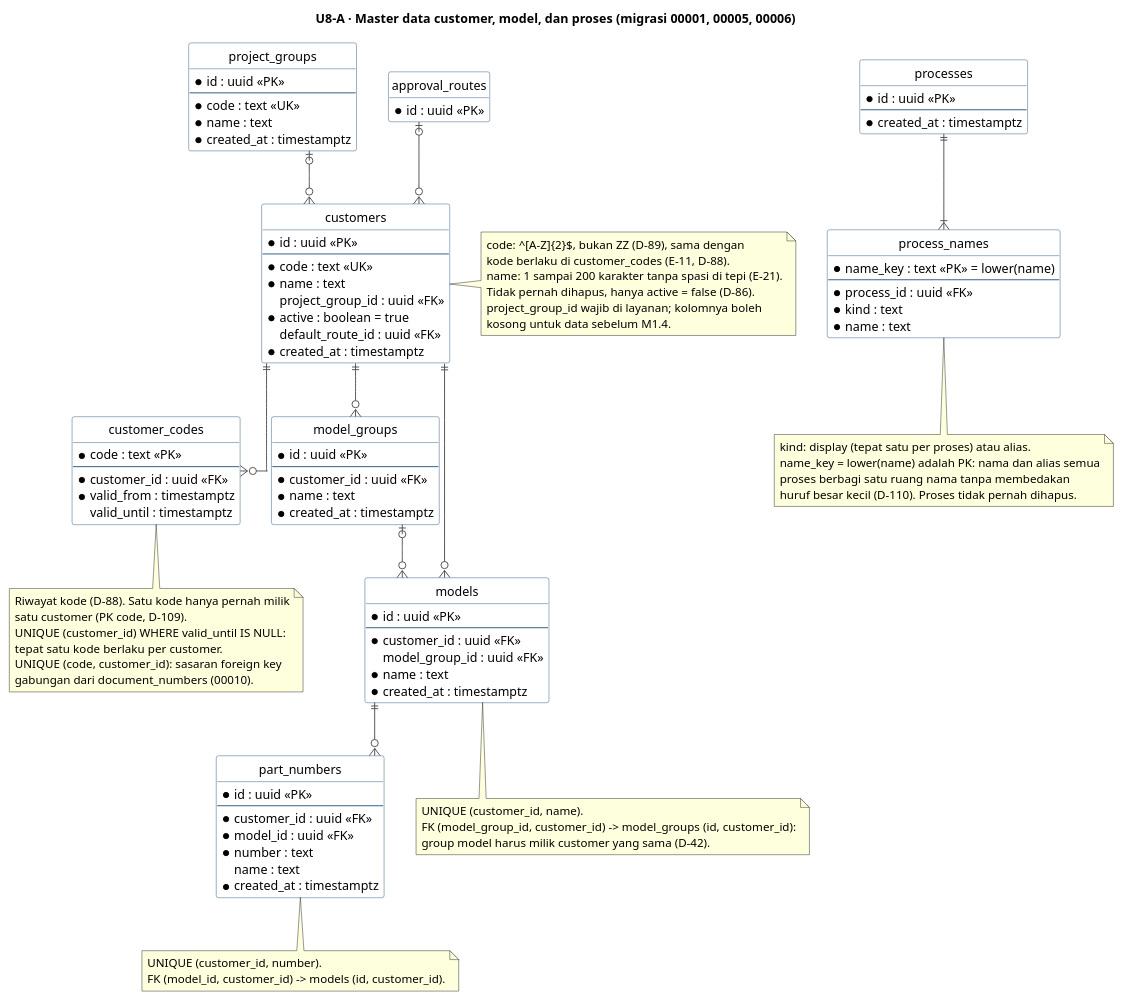
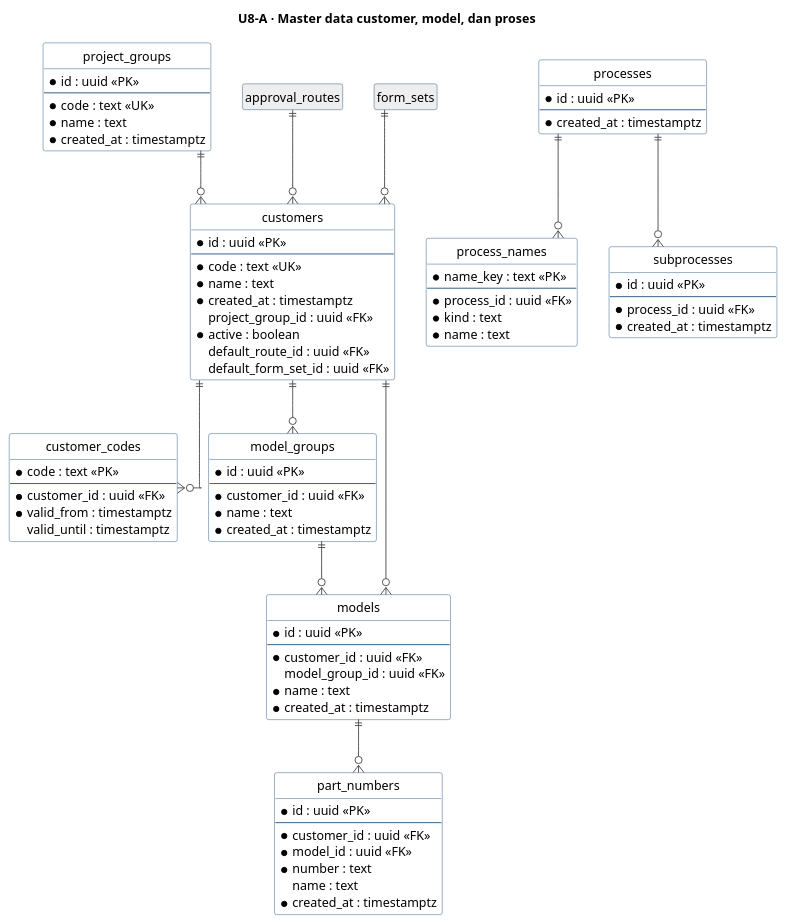
One commit to dkpauzi/revioten changed the first of 10 diagrams in docs/uml/U8-erd.puml. Above: the diagram before and after it, drawn with PlantUML. The commit also changed other lines of this file and 61 other files, not shown here.

First line of the commit message:
D-194 (layar), UML draft 0.16, dan temuan E-126 sampai E-128

```diff
--- a/docs/uml/U8-erd.puml
+++ b/docs/uml/U8-erd.puml
@@ -18,128 +16,102 @@
 @startuml U8-A-master-data
 hide circle
 hide empty members
 skinparam linetype ortho
 skinparam shadowing false
 skinparam ArrowColor #444444
 skinparam ClassBorderColor #1F4E79
 skinparam ClassBackgroundColor #FFFFFF
 
-title U8-A · Master data customer, model, dan proses (migrasi 00001, 00005, 00006)
+title U8-A · Master data customer, model, dan proses
 
 entity "project_groups" as project_groups {
   * id : uuid <<PK>>
   --
   * code : text <<UK>>
   * name : text
   * created_at : timestamptz
 }
 
 entity "customers" as customers {
   * id : uuid <<PK>>
   --
   * code : text <<UK>>
   * name : text
+  * created_at : timestamptz
   project_group_id : uuid <<FK>>
-  * active : boolean = true
+  * active : boolean
   default_route_id : uuid <<FK>>
-  * created_at : timestamptz
+  default_form_set_id : uuid <<FK>>
 }
 
 entity "customer_codes" as customer_codes {
   * code : text <<PK>>
   --
   * customer_id : uuid <<FK>>
   * valid_from : timestamptz
   valid_until : timestamptz
 }
 
 entity "model_groups" as model_groups {
   * id : uuid <<PK>>
   --
   * customer_id : uuid <<FK>>
   * name : text
   * created_at : timestamptz
 }
 
 entity "models" as models {
   * id : uuid <<PK>>
   --
   * customer_id : uuid <<FK>>
   model_group_id : uuid <<FK>>
   * name : text
   * created_at : timestamptz
 }
 
 entity "part_numbers" as part_numbers {
   * id : uuid <<PK>>
   --
   * customer_id : uuid <<FK>>
   * model_id : uuid <<FK>>
   * number : text
   name : text
   * created_at : timestamptz
 }
 
 entity "processes" as processes {
   * id : uuid <<PK>>
   --
   * created_at : timestamptz
 }
 
 entity "process_names" as process_names {
-  * name_key : text <<PK>> = lower(name)
+  * name_key : text <<PK>>
   --
   * process_id : uuid <<FK>>
   * kind : text
   * name : text
 }
 
-entity "approval_routes" as approval_routes_a {
+entity "subprocesses" as subprocesses {
   * id : uuid <<PK>>
+  --
+  * process_id : uuid <<FK>>
+  * created_at : timestamptz
 }
 
-project_groups |o--o{ customers
+entity "approval_routes" as approval_routes #EEEEEE
+entity "form_sets" as form_sets #EEEEEE
+
 customers ||--o{ customer_codes
+approval_routes ||--o{ customers
+form_sets ||--o{ customers
+project_groups ||--o{ customers
 customers ||--o{ model_groups
 customers ||--o{ models
-model_groups |o--o{ models
+model_groups ||--o{ models
 models ||--o{ part_numbers
-processes ||--|{ process_names
-approval_routes_a |o--o{ customers
+processes ||--o{ process_names
+processes ||--o{ subprocesses
 
-note right of customers
-  code: ^[A-Z]{2}$, bukan ZZ (D-89), sama dengan
-  kode berlaku di customer_codes (E-11, D-88).
-  name: 1 sampai 200 karakter tanpa spasi di tepi (E-21).
-  Tidak pernah dihapus, hanya active = false (D-86).
-  project_group_id wajib di layanan; kolomnya boleh
-  kosong untuk data sebelum M1.4.
-end note
-
-note bottom of customer_codes
-  Riwayat kode (D-88). Satu kode hanya pernah milik
-  satu customer (PK code, D-109).
-  UNIQUE (customer_id) WHERE valid_until IS NULL:
-  tepat satu kode berlaku per customer.
-  UNIQUE (code, customer_id): sasaran foreign key
-  gabungan dari document_numbers (00010).
-end note
-
-note bottom of models
-  UNIQUE (customer_id, name).
-  FK (model_group_id, customer_id) -> model_groups (id, customer_id):
-  group model harus milik customer yang sama (D-42).
-end note
-
-note bottom of part_numbers
-  UNIQUE (customer_id, number).
-  FK (model_id, customer_id) -> models (id, customer_id).
-end note
-
-note bottom of process_names
-  kind: display (tepat satu per proses) atau alias.
-  name_key = lower(name) adalah PK: nama dan alias semua
-  proses berbagi satu ruang nama tanpa membedakan
-  huruf besar kecil (D-110). Proses tidak pernah dihapus.
-end note
 @enduml
```
